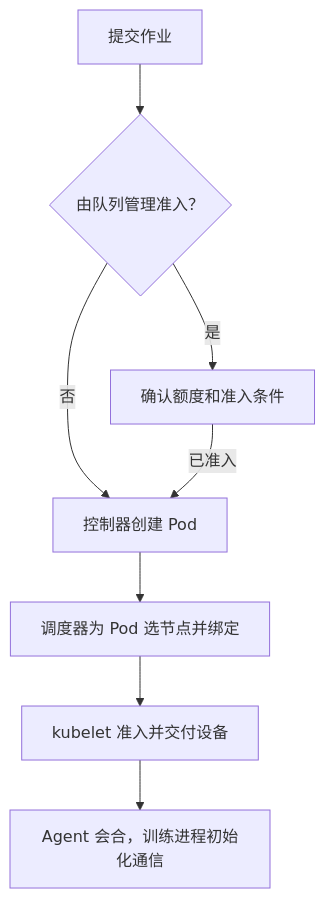
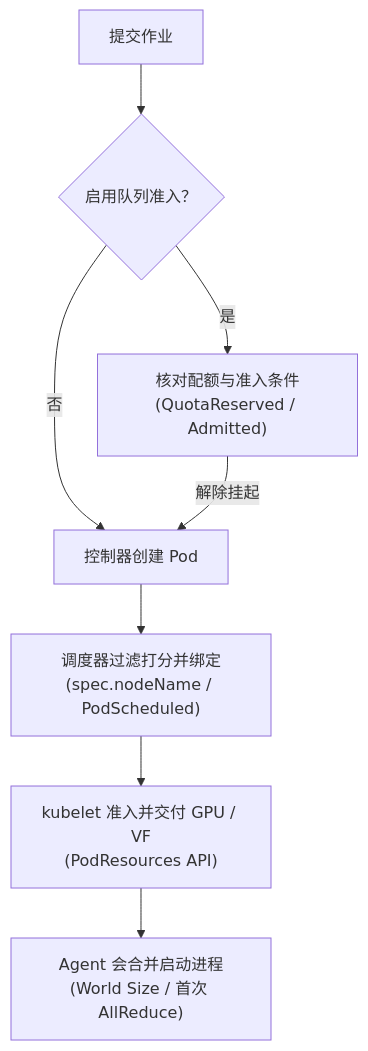
Before and after one commit to realtyz/ops-manual: the diagram in AI-Infra/15_从单个Pod放置到多卡作业调度/01_作业准入、Pod 放置与训练会合.md, drawn with Mermaid. The commit also changed other lines of this file and 194 other files, not shown here.

````diff
--- a/AI-Infra/15_从单个Pod放置到多卡作业调度/01_作业准入、Pod 放置与训练会合.md
+++ b/AI-Infra/15_从单个Pod放置到多卡作业调度/01_作业准入、Pod 放置与训练会合.md
@@ -30,10 +88,11 @@
 ```mermaid
 flowchart
-    J["提交作业"] --> Q{"由队列管理准入？"}
-    Q -->|是| A["确认额度和准入条件"]
+    accDescr: 从作业提交、可选队列准入、创建Pod、调度器绑定节点、kubelet交付设备到Agent会合初始化通信的完整交接链路
+    J["提交作业"] --> Q{"启用队列准入？"}
+    Q -->|是| A["核对配额与准入条件<br/>(QuotaReserved / Admitted)"]
     Q -->|否| P["控制器创建 Pod"]
-    A -->|已准入| P
-    P --> S["调度器为 Pod 选节点并绑定"]
-    S --> K["kubelet 准入并交付设备"]
-    K --> R["Agent 会合，训练进程初始化通信"]
+    A -->|解除挂起| P
+    P --> S["调度器过滤打分并绑定<br/>(spec.nodeName / PodScheduled)"]
+    S --> K["kubelet 准入并交付 GPU / VF<br/>(PodResources API)"]
+    K --> R["Agent 会合并启动进程<br/>(World Size / 首次 AllReduce)"]
 ```
````
